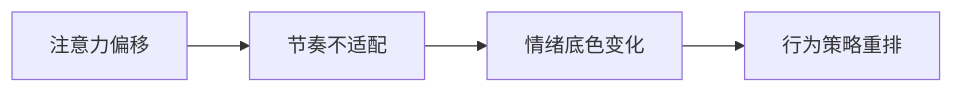
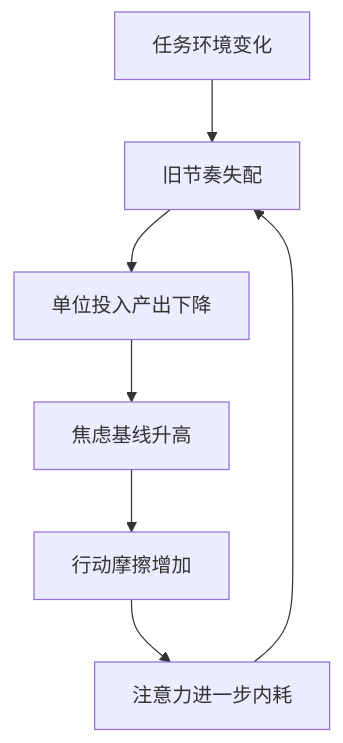
Before and after one commit to JimmyWangJimmy/JimmyWangJimmy.github.io: the first of 2 diagrams in _posts/2026-03-20-三月记事-阶段变化先从空气改变开始.markdown, drawn with Mermaid. The commit also changed other lines of this file, not shown here.

````diff
--- a/_posts/2026-03-20-三月记事-阶段变化先从空气改变开始.markdown
+++ b/_posts/2026-03-20-三月记事-阶段变化先从空气改变开始.markdown
@@ -20,6 +50,9 @@
 ```mermaid
-flowchart LR
-    A["注意力偏移"] --> B["节奏不适配"]
-    B --> C["情绪底色变化"]
-    C --> D["行为策略重排"]
+flowchart TD
+    A["任务环境变化"] --> B["旧节奏失配"]
+    B --> C["单位投入产出下降"]
+    C --> D["焦虑基线升高"]
+    D --> E["行动摩擦增加"]
+    E --> F["注意力进一步内耗"]
+    F --> B
 ```
````
